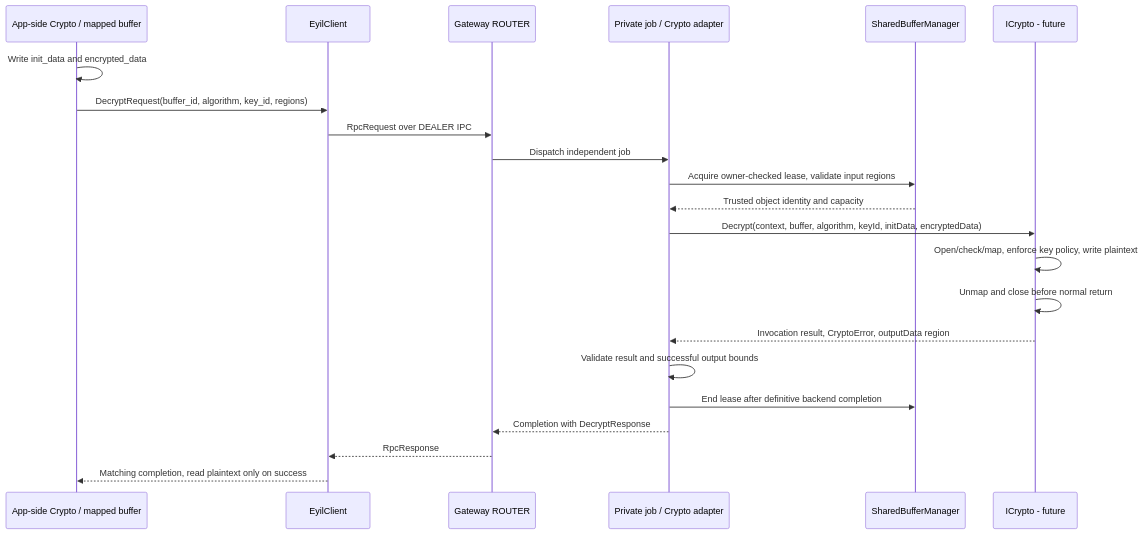
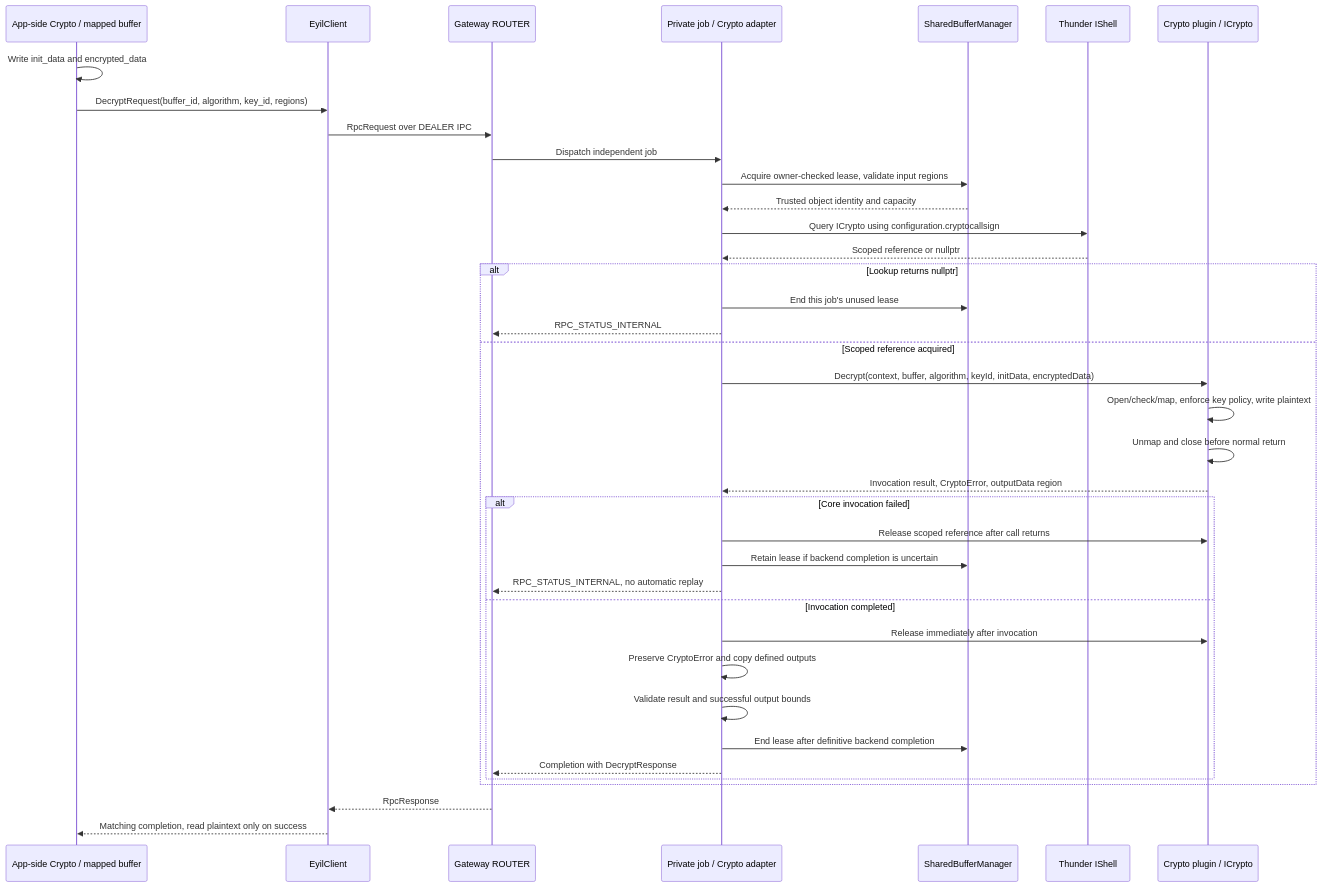
One commit to rdkcentral/eyil-secure-gateway changed diagram 23 of 30 in doc/EyilSecureGateway.md. Above: the diagram before and after it, drawn with Mermaid. The commit also changed other lines of this file, not shown here.

````diff
--- a/doc/EyilSecureGateway.md
+++ b/doc/EyilSecureGateway.md
@@ -2671,24 +2785,40 @@
 ```mermaid
 sequenceDiagram
     participant A as App-side Crypto / mapped buffer
     participant L as EyilClient
     participant R as Gateway ROUTER
     participant J as Private job / Crypto adapter
     participant B as SharedBufferManager
-    participant C as ICrypto - future
+    participant T as Thunder IShell
+    participant C as Crypto plugin / ICrypto
     A->>A: Write init_data and encrypted_data
     A->>L: DecryptRequest(buffer_id, algorithm, key_id, regions)
     L->>R: RpcRequest over DEALER IPC
     R->>J: Dispatch independent job
     J->>B: Acquire owner-checked lease, validate input regions
     B-->>J: Trusted object identity and capacity
-    J->>C: Decrypt(context, buffer, algorithm, keyId, initData, encryptedData)
-    C->>C: Open/check/map, enforce key policy, write plaintext
-    C->>C: Unmap and close before normal return
-    C-->>J: Invocation result, CryptoError, outputData region
-    J->>J: Validate result and successful output bounds
-    J->>B: End lease after definitive backend completion
-    J-->>R: Completion with DecryptResponse
+    J->>T: Query ICrypto using configuration.cryptocallsign
+    T-->>J: Scoped reference or nullptr
+    alt Lookup returns nullptr
+        J->>B: End this job's unused lease
+        J-->>R: RPC_STATUS_INTERNAL
+    else Scoped reference acquired
+        J->>C: Decrypt(context, buffer, algorithm, keyId, initData, encryptedData)
+        C->>C: Open/check/map, enforce key policy, write plaintext
+        C->>C: Unmap and close before normal return
+        C-->>J: Invocation result, CryptoError, outputData region
+        alt Core invocation failed
+            J->>C: Release scoped reference after call returns
+            J->>B: Retain lease if backend completion is uncertain
+            J-->>R: RPC_STATUS_INTERNAL, no automatic replay
+        else Invocation completed
+            J->>C: Release immediately after invocation
+            J->>J: Preserve CryptoError and copy defined outputs
+            J->>J: Validate result and successful output bounds
+            J->>B: End lease after definitive backend completion
+            J-->>R: Completion with DecryptResponse
+        end
+    end
     R-->>L: RpcResponse
     L-->>A: Matching completion, read plaintext only on success
 ```
````
